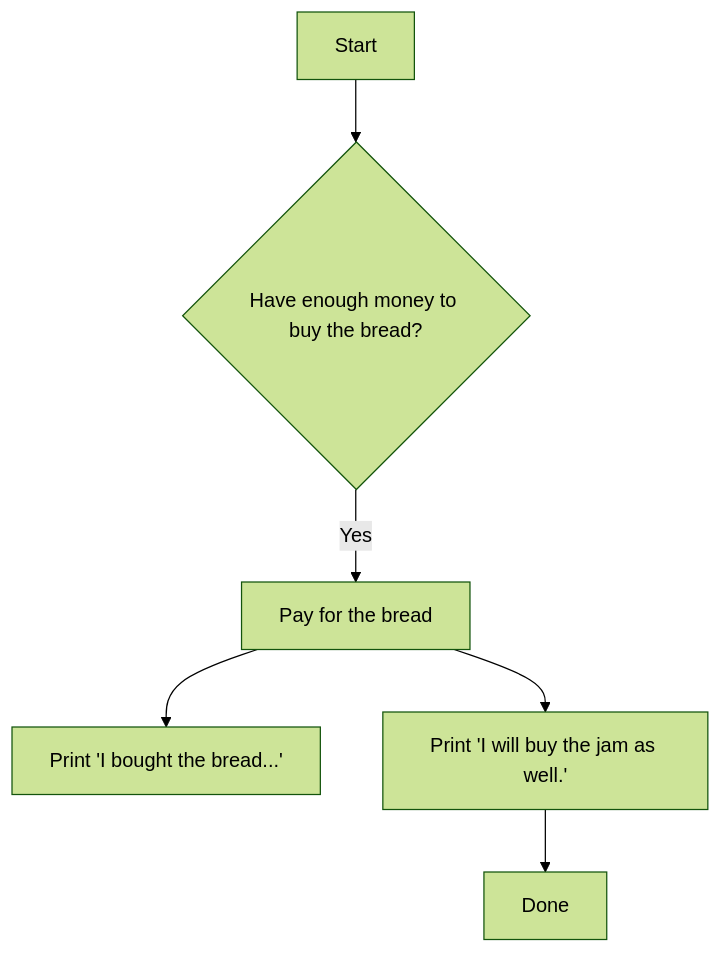
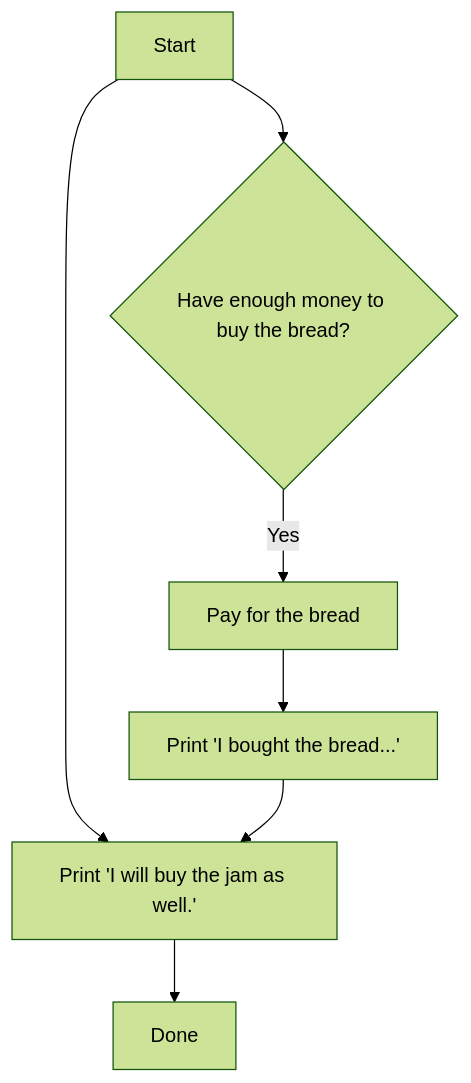
The third of 4 diagrams in courses/level-0/algoritma-menggunakan-python/3-conditionals.md (rahmanda/ayongulik), drawn with Mermaid (forest theme) before and after one commit. The commit also changed other lines of this file, not shown here.

Commit message:
docs(conditionals): fix some flowchart diagrams

````diff
--- a/courses/level-0/algoritma-menggunakan-python/3-conditionals.md
+++ b/courses/level-0/algoritma-menggunakan-python/3-conditionals.md
@@ -87,8 +88,9 @@
 ```mermaid
 flowchart TD
     A[Start] --> B{Have enough money to buy the bread?}
     B -- Yes --> C[Pay for the bread]
     C --> D[Print 'I bought the bread...']
-    C --> E[Print 'I will buy the jam as well.']
+    A --> E[Print 'I will buy the jam as well.']
+    D --> E
     E --> F[Done]
 ```
````
